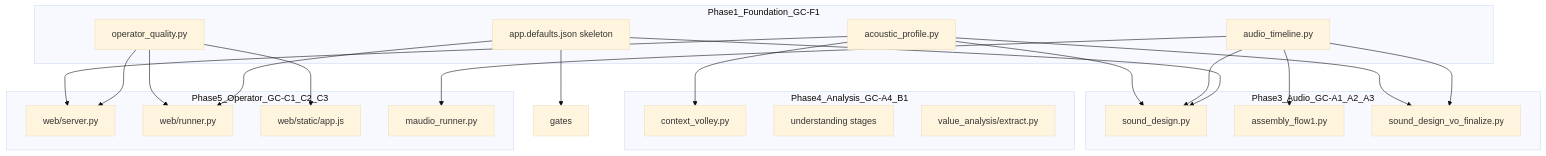
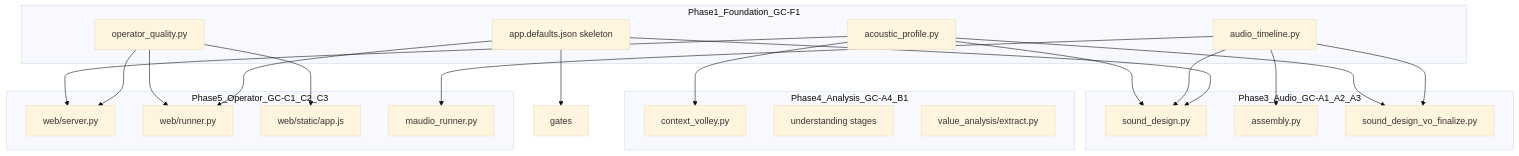
Before and after one commit to NicketUttarwar/interview_helper_mux: the diagram in docs/build-out/gap-closure-agent-commands.md, drawn with Mermaid (base theme). The commit also changed other lines of this file and 471 other files, not shown here.

````diff
--- a/docs/build-out/gap-closure-agent-commands.md
+++ b/docs/build-out/gap-closure-agent-commands.md
@@ -95,43 +95,43 @@
 ```mermaid
 flowchart TB
   subgraph foundation [Phase1_Foundation_GC-F1]
     AP[acoustic_profile.py]
     AT[audio_timeline.py]
     OQ[operator_quality.py]
     CFG[app.defaults.json skeleton]
   end
 
   subgraph audio [Phase3_Audio_GC-A1_A2_A3]
     SD[sound_design.py]
-    AF1[assembly_flow1.py]
+    AF1[assembly.py]
     VF[sound_design_vo_finalize.py]
   end
 
   subgraph analysis [Phase4_Analysis_GC-A4_B1]
     CV[context_volley.py]
     UND[understanding stages]
     VA[value_analysis/extract.py]
   end
 
   subgraph operator [Phase5_Operator_GC-C1_C2_C3]
     SRV[web/server.py]
     RUN[web/runner.py]
     JS[web/static/app.js]
     EL[maudio_runner.py]
   end
 
   AP --> SD
   AP --> VF
   AP --> CV
   AP --> SRV
   AT --> SD
   AT --> AF1
   AT --> VF
   AT --> EL
   OQ --> RUN
   OQ --> SRV
   OQ --> JS
   CFG --> SD
   CFG --> RUN
   CFG --> gates
 ```
````
